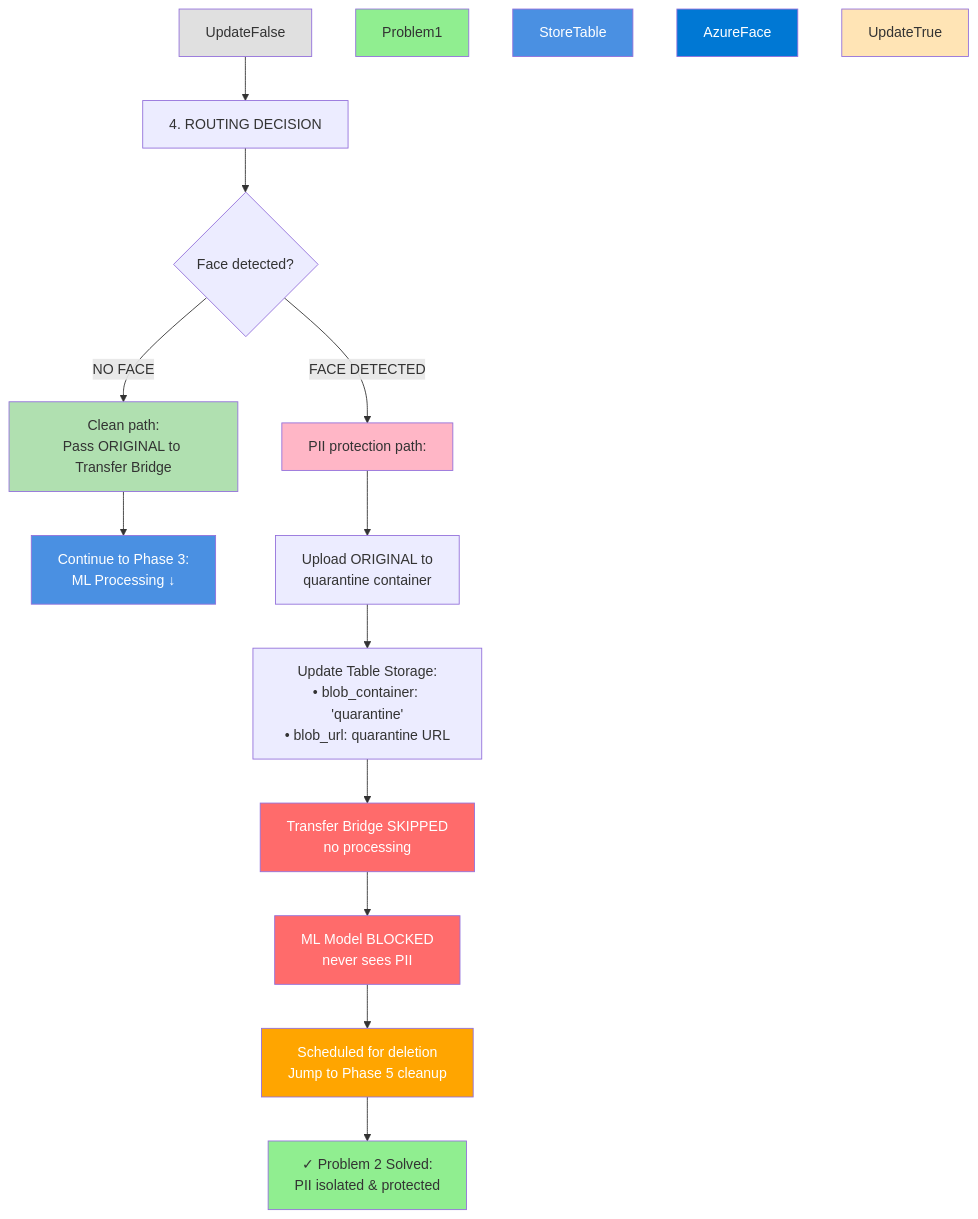
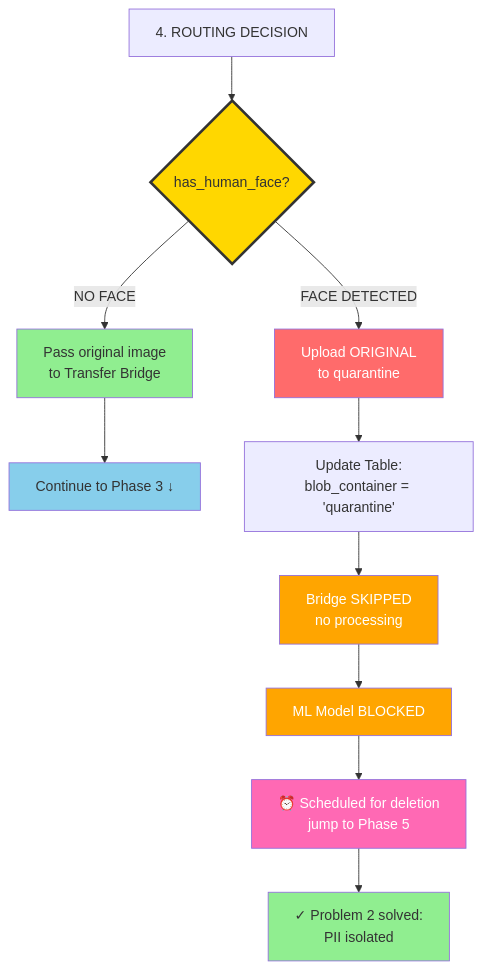
Before and after one commit to anandSgunti/cloud: the third of 6 diagrams in Unified-Solution.md, drawn with Mermaid. The commit also changed other lines of this file, not shown here.

````diff
--- a/Unified-Solution.md
+++ b/Unified-Solution.md
@@ -141,31 +141,23 @@
 ```mermaid
 flowchart TD
-    UpdateFalse --> Route[4. ROUTING DECISION]
+    Start[4. ROUTING DECISION] --> Route{has_human_face?}
     
-    Route --> RouteFace{Face detected?}
+    Route -->|NO FACE| PassBridge[Pass original image<br/>to Transfer Bridge]
+    PassBridge --> Phase3[Continue to Phase 3 ↓]
     
-    RouteFace -->|NO FACE| NoFacePath[Clean path:<br/>Pass ORIGINAL to Transfer Bridge]
-    NoFacePath --> Phase3[Continue to Phase 3:<br/>ML Processing ↓]
+    Route -->|FACE DETECTED| Upload[Upload ORIGINAL<br/>to quarantine]
+    Upload --> UpdateTable[Update Table:<br/>blob_container = 'quarantine']
+    UpdateTable --> SkipBridge[Bridge SKIPPED<br/>no processing]
+    SkipBridge --> BlockML[ML Model BLOCKED]
+    BlockML --> Schedule[⏰ Scheduled for deletion<br/>jump to Phase 5]
+    Schedule --> Solved[✓ Problem 2 solved:<br/>PII isolated]
     
-    RouteFace -->|FACE DETECTED| QuarantinePath[PII protection path:]
-    QuarantinePath --> UploadQuarantine[Upload ORIGINAL to<br/>quarantine container]
-    UploadQuarantine --> UpdateContainer[Update Table Storage:<br/>• blob_container: 'quarantine'<br/>• blob_url: quarantine URL]
-    UpdateContainer --> BridgeSkipped[ Transfer Bridge SKIPPED<br/>no processing]
-    BridgeSkipped --> MLBlocked[ ML Model BLOCKED<br/>never sees PII]
-    MLBlocked --> ScheduleDeletion[ Scheduled for deletion<br/>Jump to Phase 5 cleanup]
-    
-    ScheduleDeletion --> Problem2[✓ Problem 2 Solved:<br/>PII isolated & protected ]
-    
-    style Problem1 fill:#90EE90
-    style Problem2 fill:#90EE90
-    style StoreTable fill:#4A90E2,color:#fff
-    style AzureFace fill:#0078D4,color:#fff
-    style UpdateTrue fill:#FFE4B5
-    style UpdateFalse fill:#E0E0E0
-    style QuarantinePath fill:#FFB6C6
-    style BridgeSkipped fill:#FF6B6B,color:#fff
-    style MLBlocked fill:#FF6B6B,color:#fff
-    style ScheduleDeletion fill:#FFA500,color:#fff
-    style NoFacePath fill:#B0E0B0
-    style Phase3 fill:#4A90E2,color:#fff
+    style Route fill:#FFD700,stroke:#333,stroke-width:3px
+    style PassBridge fill:#90EE90
+    style Phase3 fill:#87CEEB
+    style Upload fill:#FF6B6B,color:#fff
+    style SkipBridge fill:#FFA500,color:#fff
+    style BlockML fill:#FFA500,color:#fff
+    style Schedule fill:#FF69B4,color:#fff
+    style Solved fill:#90EE90
 ```
````
